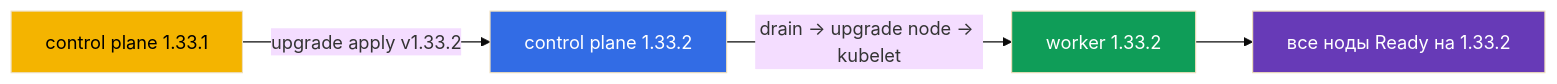
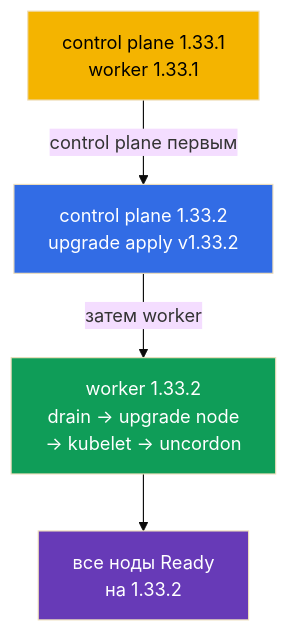
One commit to ViktorUJ/cks changed the diagram in tasks/cka/labs/111/README_RU.MD. Above: the diagram before and after it, drawn with Mermaid (base theme). The commit also changed other lines of this file and 36 other files, not shown here.

````diff
--- a/tasks/cka/labs/111/README_RU.MD
+++ b/tasks/cka/labs/111/README_RU.MD
@@ -30,10 +36,14 @@
 ```mermaid
-flowchart LR
-    a["control plane 1.33.1"] -->|"upgrade apply v1.33.2"| b["control plane 1.33.2"]
-    b -->|"drain → upgrade node → kubelet"| c["worker 1.33.2"]
-    c --> d["все ноды Ready на 1.33.2"]
+flowchart TB
+    a["control plane 1.33.1<br>worker 1.33.1"]
+    b["control plane 1.33.2<br>upgrade apply v1.33.2"]
+    c["worker 1.33.2<br>drain → upgrade node<br>→ kubelet → uncordon"]
+    d["все ноды Ready<br>на 1.33.2"]
+    a -->|"control plane первым"| b
+    b -->|"затем worker"| c
+    c --> d
     style a fill:#f4b400,color:#000
     style b fill:#326ce5,color:#fff
     style c fill:#0f9d58,color:#fff
     style d fill:#673ab7,color:#fff
 ```
````
